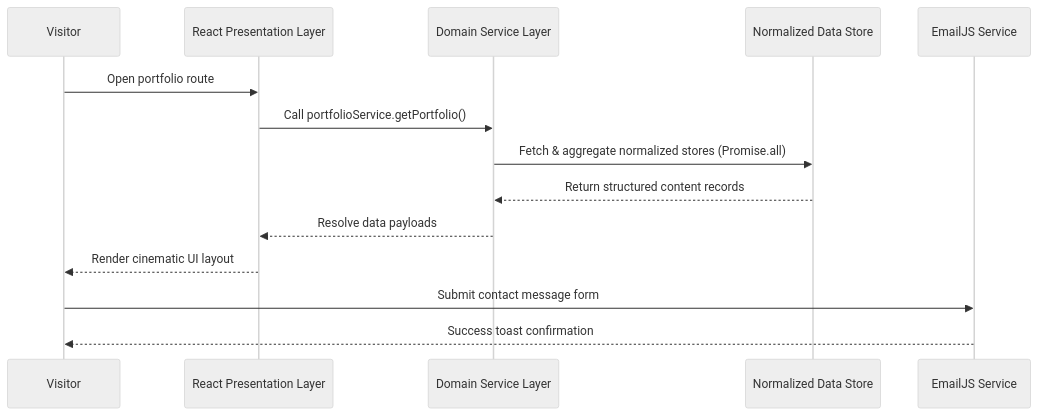
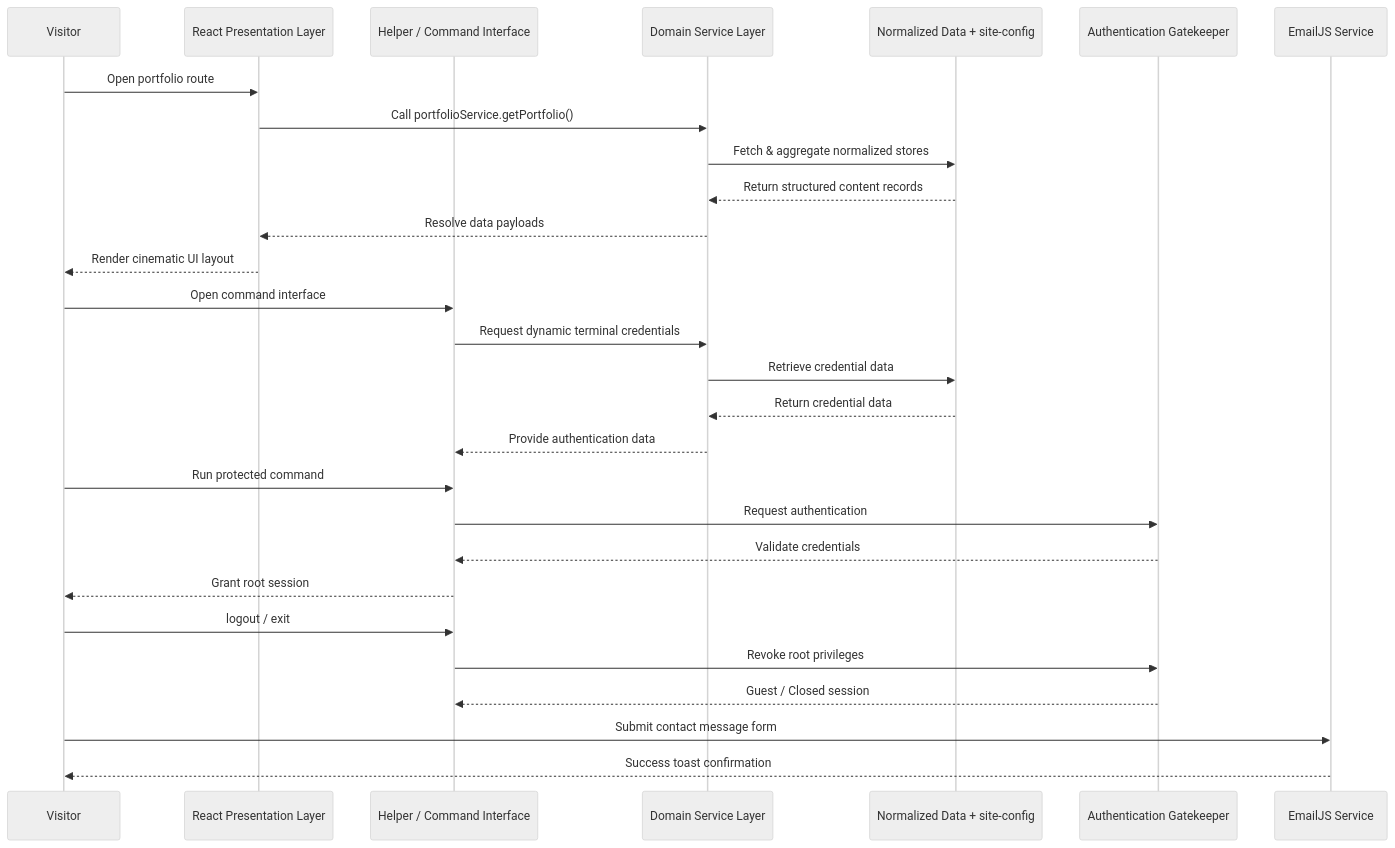
The sixth of 7 diagrams in README.md (Haiderali445/portfolio-website), drawn with Mermaid (neutral theme) before and after one commit. The commit also changed other lines of this file and 13 other files, not shown here.

Commit message:
feat(readme): document secure command interface and dynamic data architecture

````diff
--- a/README.md
+++ b/README.md
@@ -213,18 +578,35 @@
 ```mermaid
 sequenceDiagram
     participant Visitor
     participant Frontend as React Presentation Layer
+    participant Helper as Helper / Command Interface
     participant Service as Domain Service Layer
-    participant Data as Normalized Data Store
+    participant Data as Normalized Data + site-config
+    participant Auth as Authentication Gatekeeper
     participant Contact as EmailJS Service
 
     Visitor->>Frontend: Open portfolio route
     Frontend->>Service: Call portfolioService.getPortfolio()
-    Service->>Data: Fetch & aggregate normalized stores (Promise.all)
+    Service->>Data: Fetch & aggregate normalized stores
     Data-->>Service: Return structured content records
     Service-->>Frontend: Resolve data payloads
     Frontend-->>Visitor: Render cinematic UI layout
+
+    Visitor->>Helper: Open command interface
+    Helper->>Service: Request dynamic terminal credentials
+    Service->>Data: Retrieve credential data
+    Data-->>Service: Return credential data
+    Service-->>Helper: Provide authentication data
+
+    Visitor->>Helper: Run protected command
+    Helper->>Auth: Request authentication
+    Auth-->>Helper: Validate credentials
+    Helper-->>Visitor: Grant root session
+
+    Visitor->>Helper: logout / exit
+    Helper->>Auth: Revoke root privileges
+    Auth-->>Helper: Guest / Closed session
+
     Visitor->>Contact: Submit contact message form
     Contact-->>Visitor: Success toast confirmation
-
 ```
````
